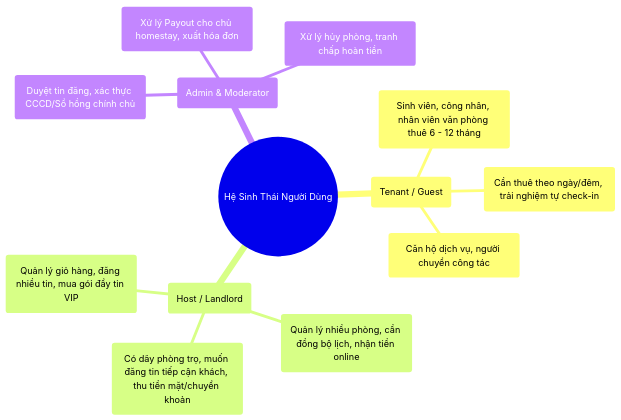
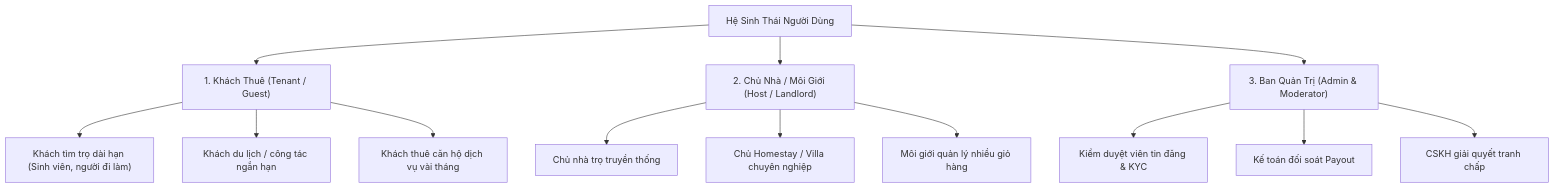
The first of 3 diagrams in 01_PROJECT_REQUIREMENTS_SPEC.md (Romfff/trotot), drawn with Mermaid before and after one commit. The commit also changed 6 other files, not shown here.

Commit message:
fix(docs): sua loi cu phap mermaid diagram tuong thich 100% voi github render

````diff
--- a/01_PROJECT_REQUIREMENTS_SPEC.md
+++ b/01_PROJECT_REQUIREMENTS_SPEC.md
@@ -23,16 +23,19 @@
 ```mermaid
-mindmap
-  root((Hệ Sinh Thái Người Dùng))
-    Khách Thuê (Tenant / Guest)
-      Khách tìm phòng trọ (Sinh viên, công nhân, nhân viên văn phòng thuê 6 - 12 tháng)
-      Khách du lịch / công tác (Cần thuê theo ngày/đêm, trải nghiệm tự check-in)
-      Khách thuê ngắn hạn vài tuần / tháng (Căn hộ dịch vụ, người chuyển công tác)
-    Chủ Nhà / Môi Giới (Host / Landlord)
-      Chủ nhà trọ truyền thống (Có dãy phòng trọ, muốn đăng tin tiếp cận khách, thu tiền mặt/chuyển khoản)
-      Chủ Homestay / Villa chuyên nghiệp (Quản lý nhiều phòng, cần đồng bộ lịch, nhận tiền online)
-      Môi giới bất động sản (Quản lý giỏ hàng, đăng nhiều tin, mua gói đẩy tin VIP)
-    Ban Quản Trị Hệ Thống (Admin & Moderator)
-      Kiểm duyệt viên (Duyệt tin đăng, xác thực CCCD/Sổ hồng chính chủ)
-      Kế toán / Đối soát (Xử lý Payout cho chủ homestay, xuất hóa đơn)
-      CSKH / Trọng tài khiếu nại (Xử lý hủy phòng, tranh chấp hoàn tiền)
+graph TD
+    Root["Hệ Sinh Thái Người Dùng"]
+    
+    Root --> Tenant["1. Khách Thuê (Tenant / Guest)"]
+    Tenant --> T1["Khách tìm trọ dài hạn (Sinh viên, người đi làm)"]
+    Tenant --> T2["Khách du lịch / công tác ngắn hạn"]
+    Tenant --> T3["Khách thuê căn hộ dịch vụ vài tháng"]
+
+    Root --> Host["2. Chủ Nhà / Môi Giới (Host / Landlord)"]
+    Host --> H1["Chủ nhà trọ truyền thống"]
+    Host --> H2["Chủ Homestay / Villa chuyên nghiệp"]
+    Host --> H3["Môi giới quản lý nhiều giỏ hàng"]
+
+    Root --> Admin["3. Ban Quản Trị (Admin & Moderator)"]
+    Admin --> A1["Kiểm duyệt viên tin đăng & KYC"]
+    Admin --> A2["Kế toán đối soát Payout"]
+    Admin --> A3["CSKH giải quyết tranh chấp"]
 ```
````
